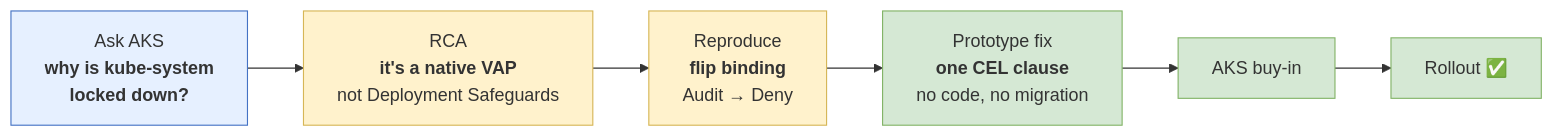
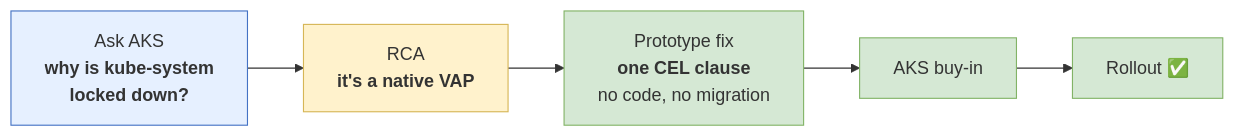
One commit to Azure/prometheus-collector changed the fourth of 11 diagrams in custom-ns/doc/automatic-investigation/aks-vap-demo-diagrams.md. Above: the diagram before and after it, drawn with Mermaid. The commit also changed other lines of this file, not shown here.

First line of the commit message:
docs(custom-ns): restructure VAP demo diagrams for a cold audience

````diff
--- a/custom-ns/doc/automatic-investigation/aks-vap-demo-diagrams.md
+++ b/custom-ns/doc/automatic-investigation/aks-vap-demo-diagrams.md
@@ -84,15 +105,13 @@
 ```mermaid
 flowchart LR
-    A["Ask AKS<br/><b>why is kube-system<br/>locked down?</b>"] --> B["RCA<br/><b>it's a native VAP</b><br/>not Deployment Safeguards"]
-    B --> C["Reproduce<br/><b>flip binding</b><br/>Audit → Deny"]
-    C --> D["Prototype fix<br/><b>one CEL clause</b><br/>no code, no migration"]
+    A["Ask AKS<br/><b>why is kube-system<br/>locked down?</b>"] --> B["RCA<br/><b>it's a native VAP</b>"]
+    B --> D["Prototype fix<br/><b>one CEL clause</b><br/>no code, no migration"]
     D --> E["AKS buy-in"]
     E --> F["Rollout ✅"]
 
     style A fill:#e6f0ff,stroke:#4472c4
     style B fill:#fff2cc,stroke:#d6b656
-    style C fill:#fff2cc,stroke:#d6b656
     style D fill:#d5e8d4,stroke:#82b366
     style E fill:#d5e8d4,stroke:#82b366
     style F fill:#d5e8d4,stroke:#82b366
 ```
````
